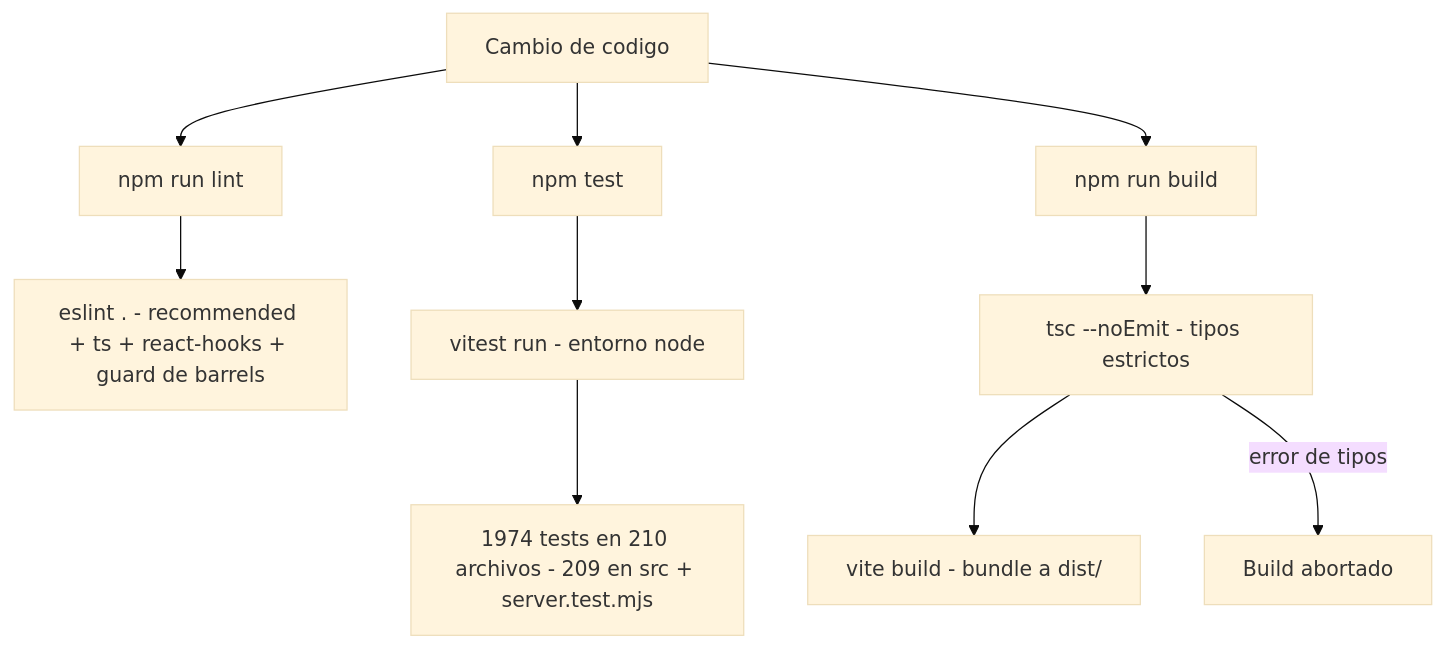
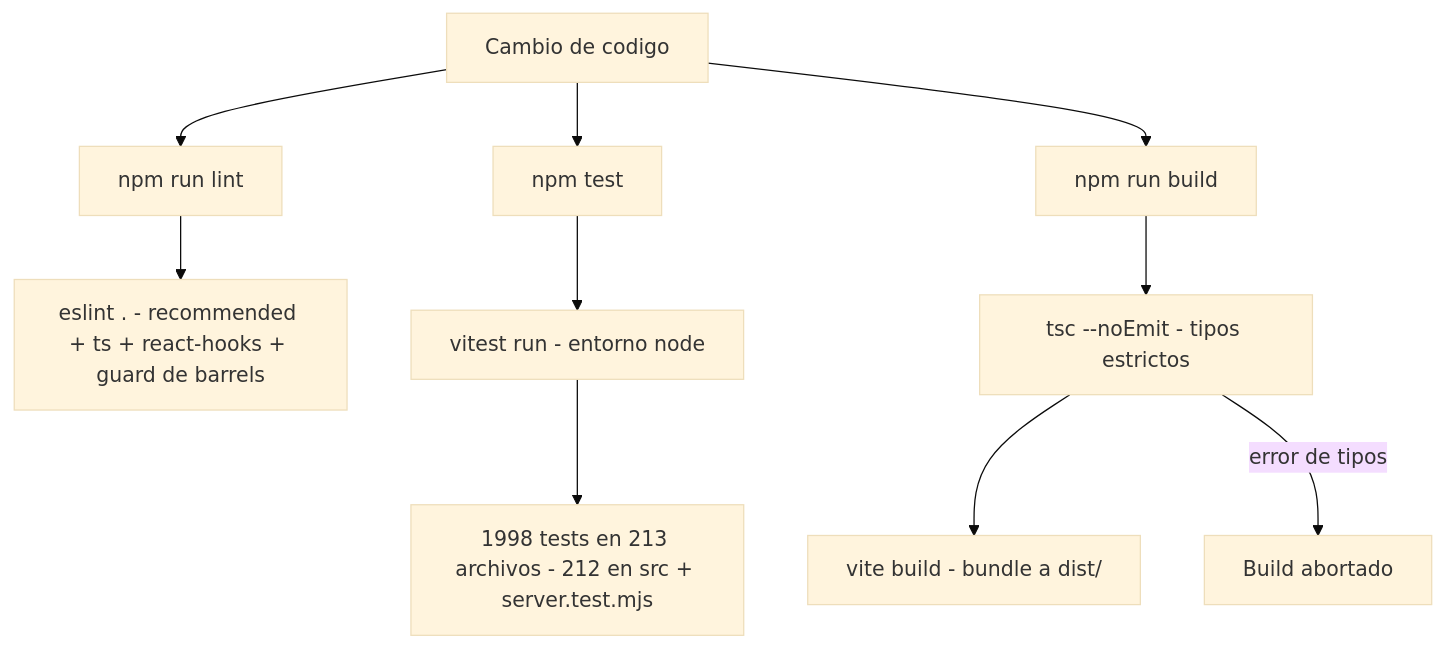
Before and after one commit to Carlosmps97/web-data-model-hub: the first of 4 diagrams in doc/testing.md, drawn with Mermaid (base theme). The commit also changed other lines of this file and 17 other files, not shown here.

````diff
--- a/doc/testing.md
+++ b/doc/testing.md
@@ -152,12 +152,12 @@
 ```mermaid
 flowchart TD
     A[Cambio de codigo] --> B[npm run lint]
     A --> C[npm test]
     A --> D[npm run build]
     B --> B1[eslint . - recommended + ts + react-hooks + guard de barrels]
     C --> C1[vitest run - entorno node]
-    C1 --> C2[1974 tests en 210 archivos - 209 en src + server.test.mjs]
+    C1 --> C2[1998 tests en 213 archivos - 212 en src + server.test.mjs]
     D --> D1[tsc --noEmit - tipos estrictos]
     D1 --> D2[vite build - bundle a dist/]
     D1 -->|error de tipos| X[Build abortado]
 ```
````
